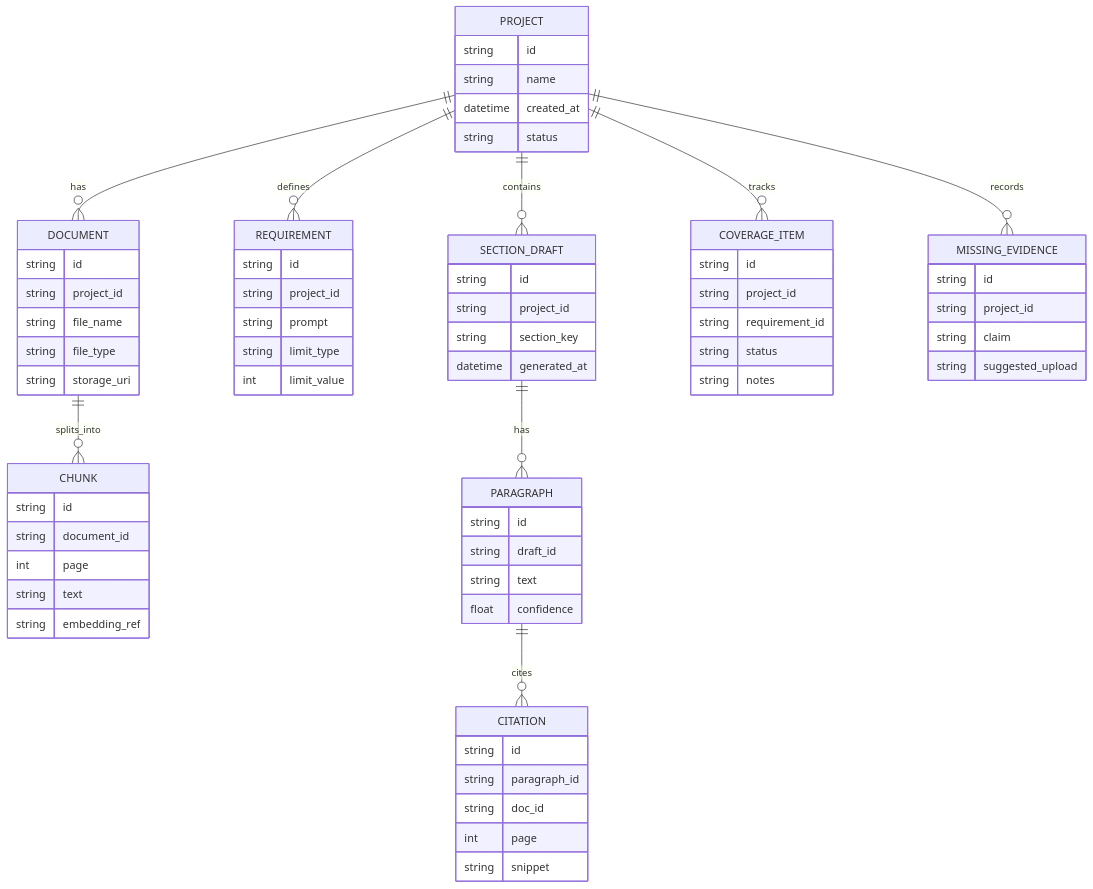
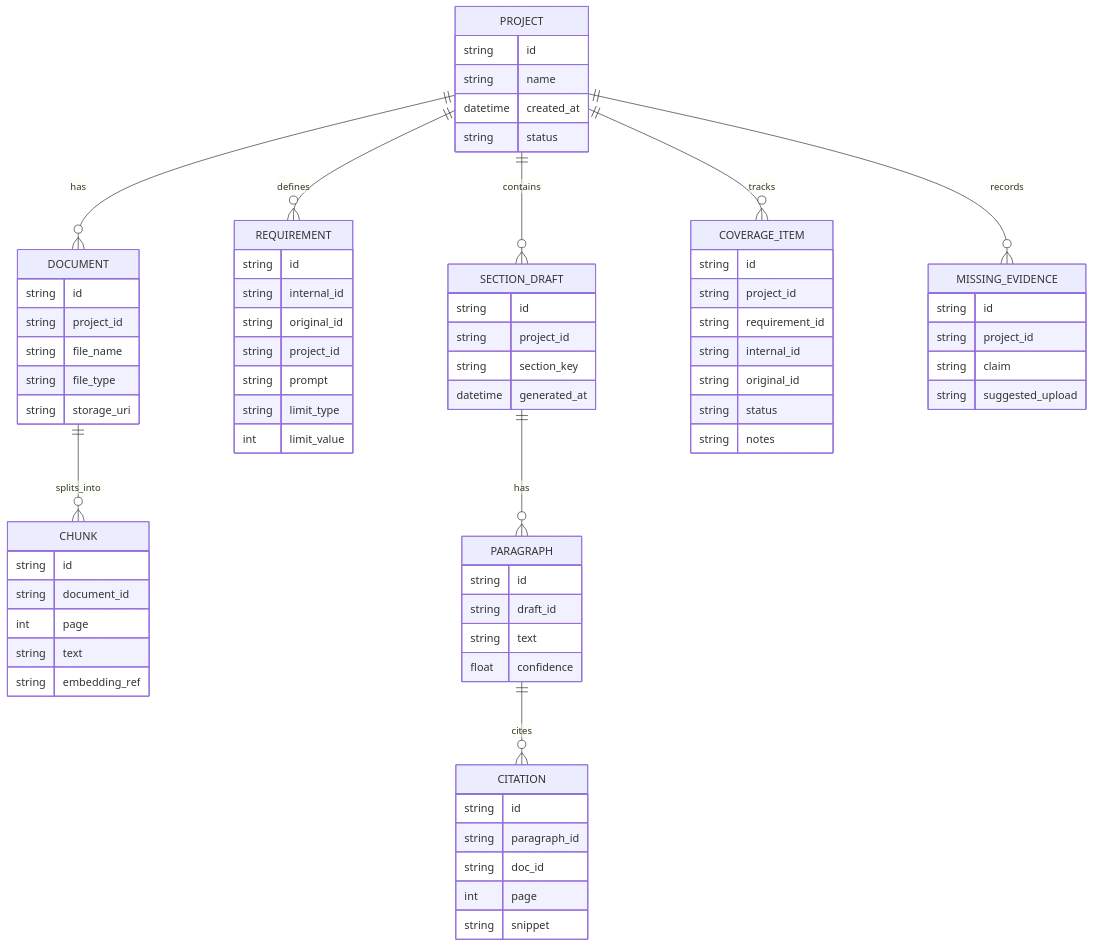
Before and after one commit to alanmaizon/nebula: the fourth of 5 diagrams in docs/wiki/Architecture.md, drawn with Mermaid. The commit also changed other lines of this file and 9 other files, not shown here.

````diff
--- a/docs/wiki/Architecture.md
+++ b/docs/wiki/Architecture.md
@@ -121,71 +121,75 @@
 ```mermaid
 erDiagram
     PROJECT ||--o{ DOCUMENT : has
     DOCUMENT ||--o{ CHUNK : splits_into
     PROJECT ||--o{ REQUIREMENT : defines
     PROJECT ||--o{ SECTION_DRAFT : contains
     SECTION_DRAFT ||--o{ PARAGRAPH : has
     PARAGRAPH ||--o{ CITATION : cites
     PROJECT ||--o{ COVERAGE_ITEM : tracks
     PROJECT ||--o{ MISSING_EVIDENCE : records
 
     PROJECT {
       string id
       string name
       datetime created_at
       string status
     }
     DOCUMENT {
       string id
       string project_id
       string file_name
       string file_type
       string storage_uri
     }
     CHUNK {
       string id
       string document_id
       int page
       string text
       string embedding_ref
     }
     REQUIREMENT {
       string id
+      string internal_id
+      string original_id
       string project_id
       string prompt
       string limit_type
       int limit_value
     }
     SECTION_DRAFT {
       string id
       string project_id
       string section_key
       datetime generated_at
     }
     PARAGRAPH {
       string id
       string draft_id
       string text
       float confidence
     }
     CITATION {
       string id
       string paragraph_id
       string doc_id
       int page
       string snippet
     }
     COVERAGE_ITEM {
       string id
       string project_id
       string requirement_id
+      string internal_id
+      string original_id
       string status
       string notes
     }
     MISSING_EVIDENCE {
       string id
       string project_id
       string claim
       string suggested_upload
     }
 ```
````
